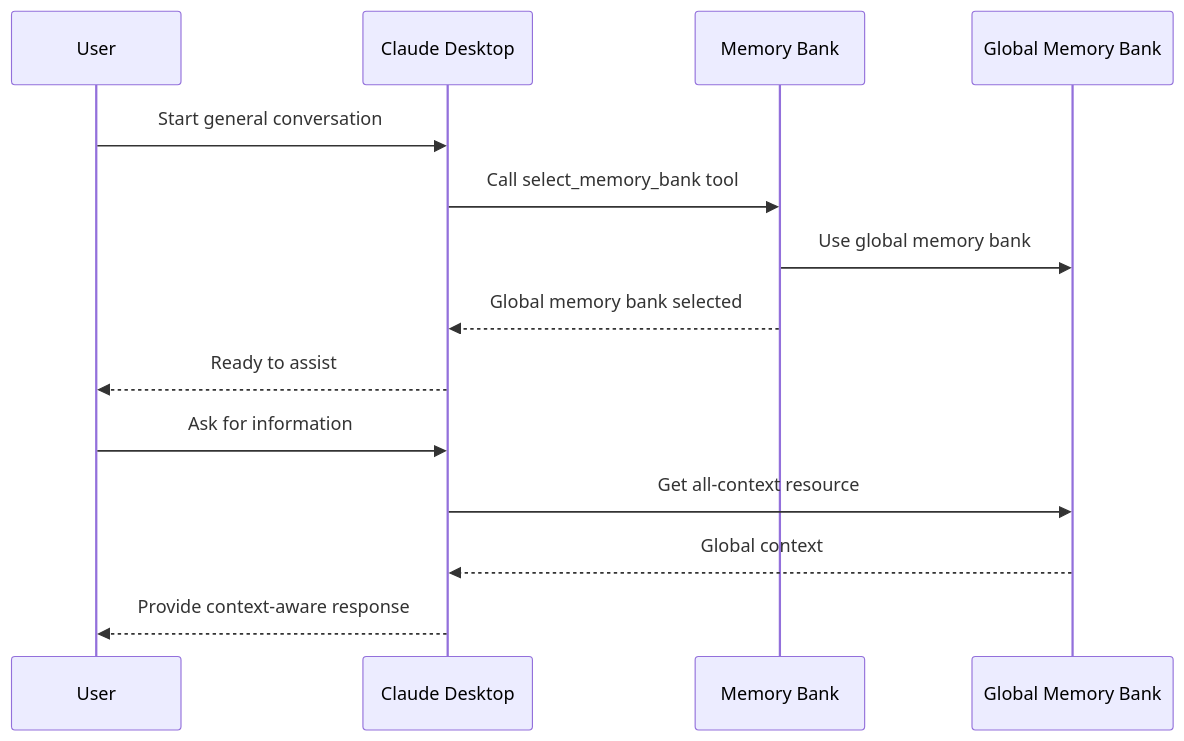
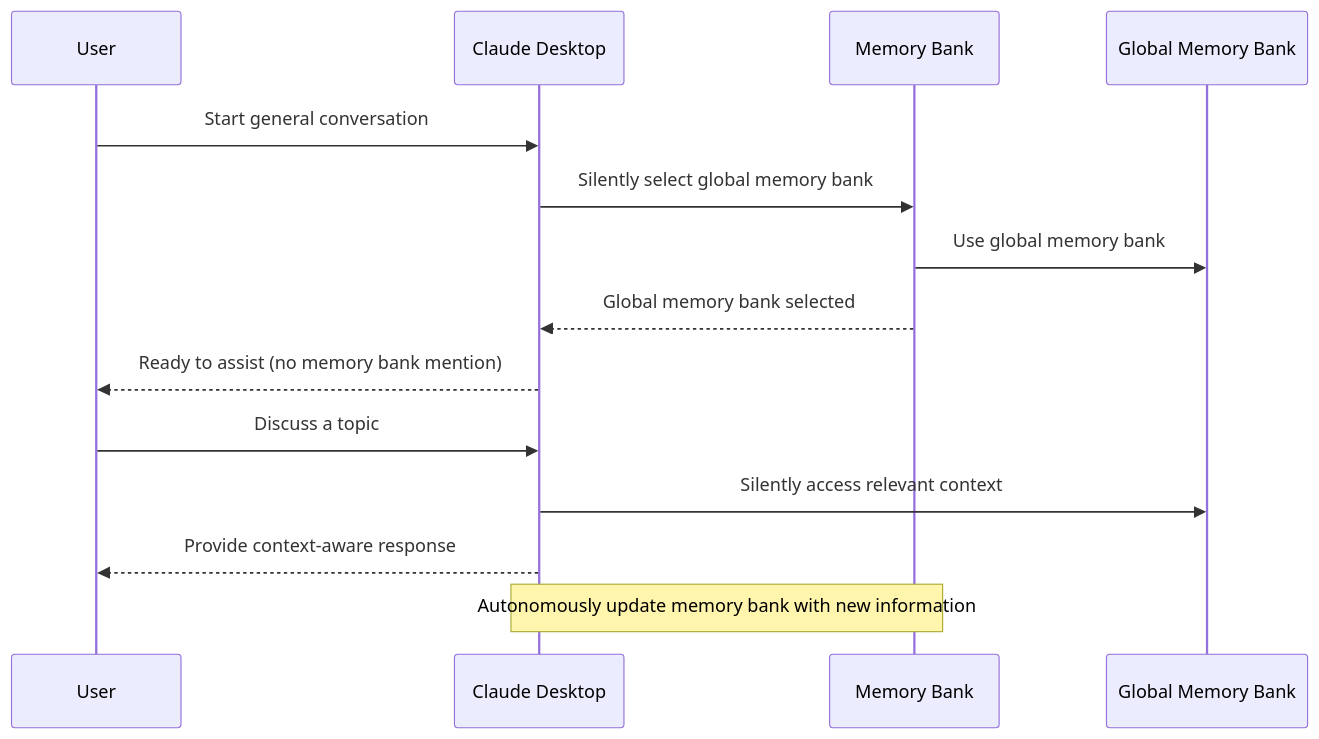
The second of 4 diagrams in doc/usage-guide.md (philippe-guerit/claude-desktop-memory-bank), drawn with Mermaid before and after one commit. The commit also changed other lines of this file and 4 other files, not shown here.

````diff
--- a/doc/usage-guide.md
+++ b/doc/usage-guide.md
@@ -292,17 +235,17 @@
 ```mermaid
 sequenceDiagram
     participant User
     participant Claude as Claude Desktop
     participant MB as Memory Bank
     participant Global as Global Memory Bank
     
     User->>Claude: Start general conversation
-    Claude->>MB: Call select_memory_bank tool
+    Claude->>MB: Silently select global memory bank
     MB->>Global: Use global memory bank
     MB-->>Claude: Global memory bank selected
-    Claude-->>User: Ready to assist
-    User->>Claude: Ask for information
-    Claude->>Global: Get all-context resource
-    Global-->>Claude: Global context
+    Claude-->>User: Ready to assist (no memory bank mention)
+    User->>Claude: Discuss a topic
+    Claude->>Global: Silently access relevant context
     Claude-->>User: Provide context-aware response
+    Note over Claude,MB: Autonomously update memory bank with new information
 ```
````
